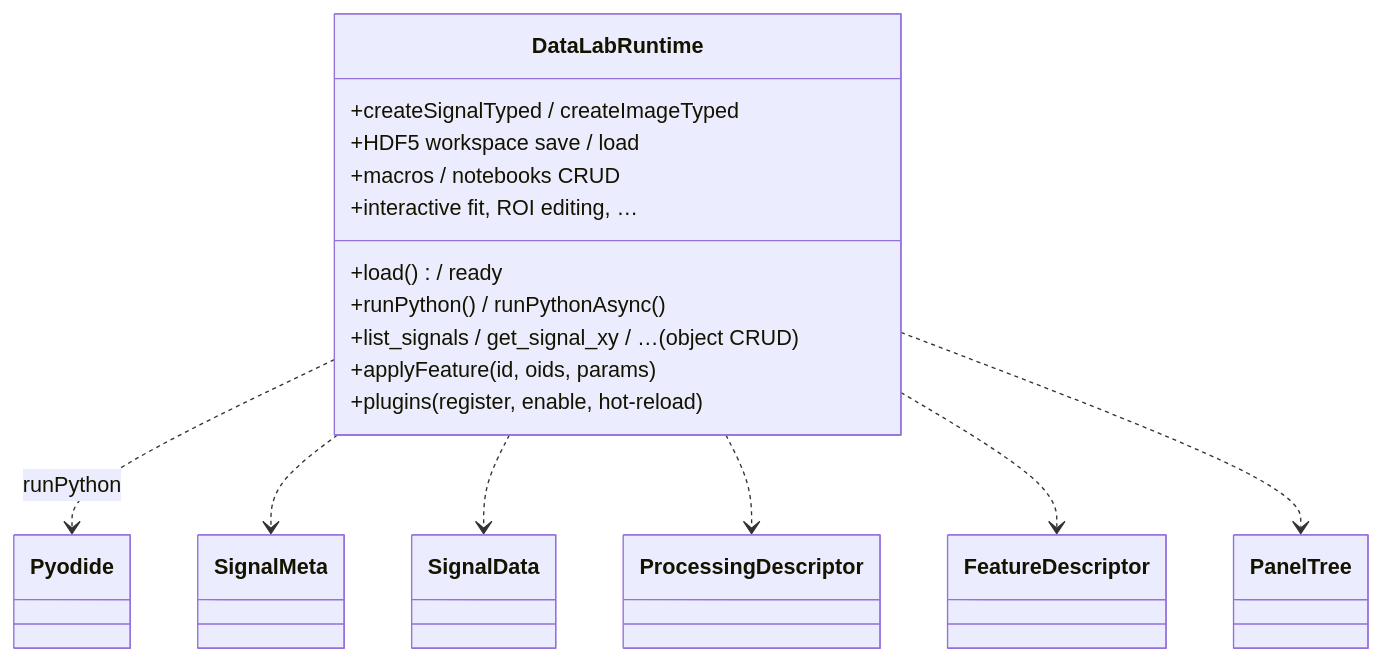
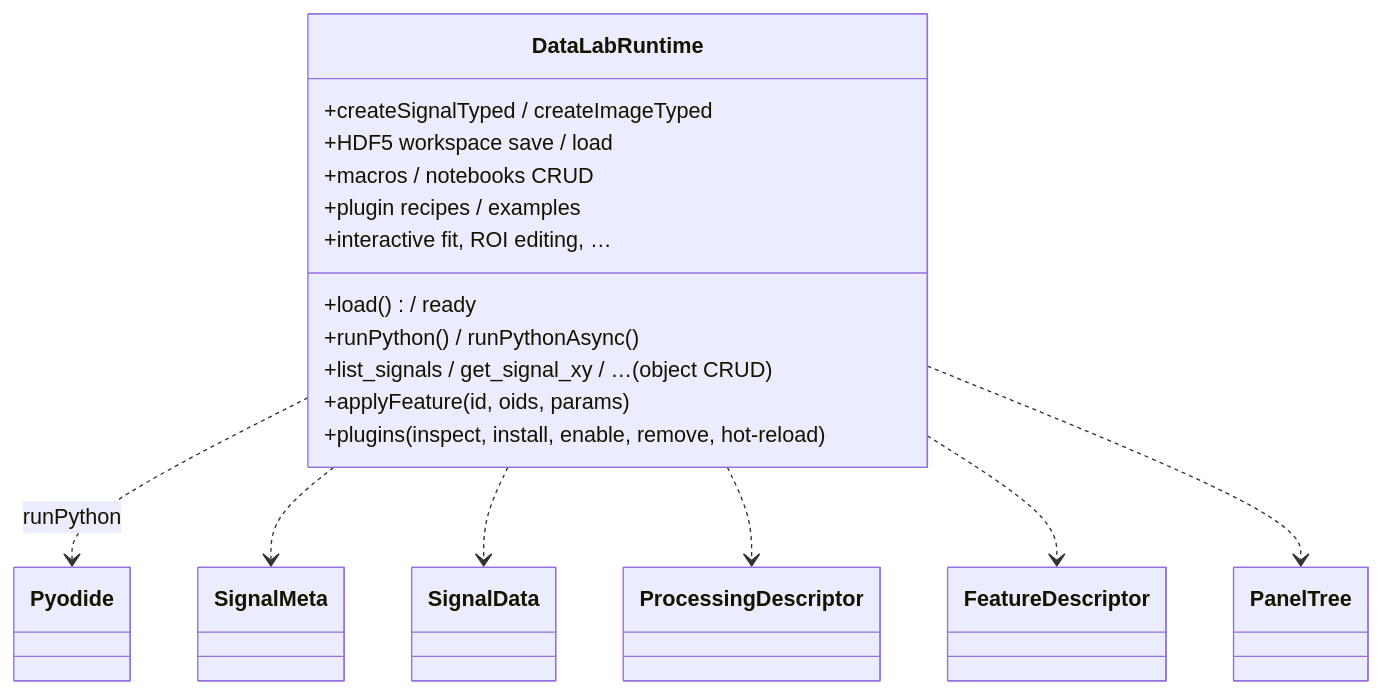
Before and after one commit to DataLab-Platform/web: the fourth of 8 diagrams in doc/architecture.md, drawn with Mermaid. The commit also changed other lines of this file and 59 other files, not shown here.

````diff
--- a/doc/architecture.md
+++ b/doc/architecture.md
@@ -181,20 +182,21 @@
 ```mermaid
 classDiagram
     class DataLabRuntime {
       +load() / ready
       +runPython() / runPythonAsync()
       +list_signals / get_signal_xy / …  (object CRUD)
       +createSignalTyped / createImageTyped
       +applyFeature(id, oids, params)
       +HDF5 workspace save / load
       +macros / notebooks CRUD
-      +plugins (register, enable, hot-reload)
+      +plugins (inspect, install, enable, remove, hot-reload)
+      +plugin recipes / examples
       +interactive fit, ROI editing, …
     }
     DataLabRuntime ..> Pyodide : runPython
     DataLabRuntime ..> SignalMeta
     DataLabRuntime ..> SignalData
     DataLabRuntime ..> ProcessingDescriptor
     DataLabRuntime ..> FeatureDescriptor
     DataLabRuntime ..> PanelTree
 ```
````
